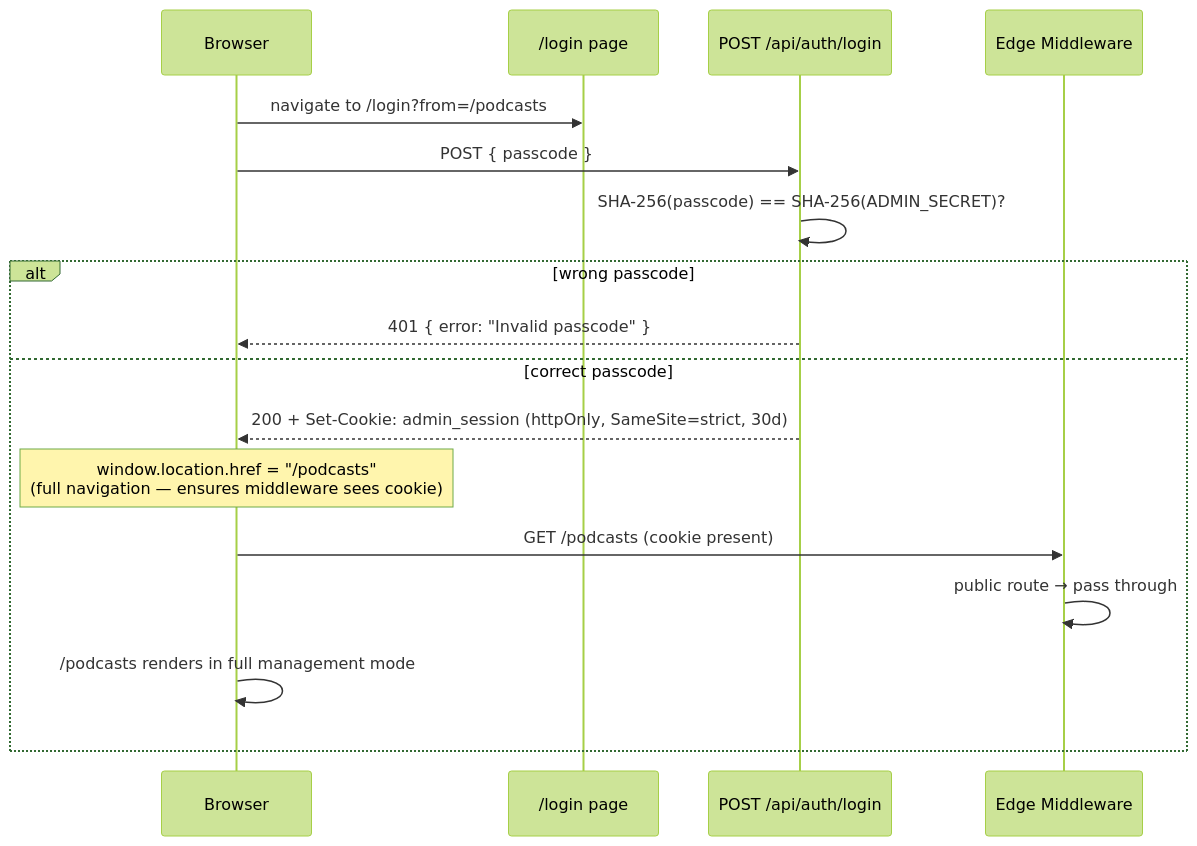
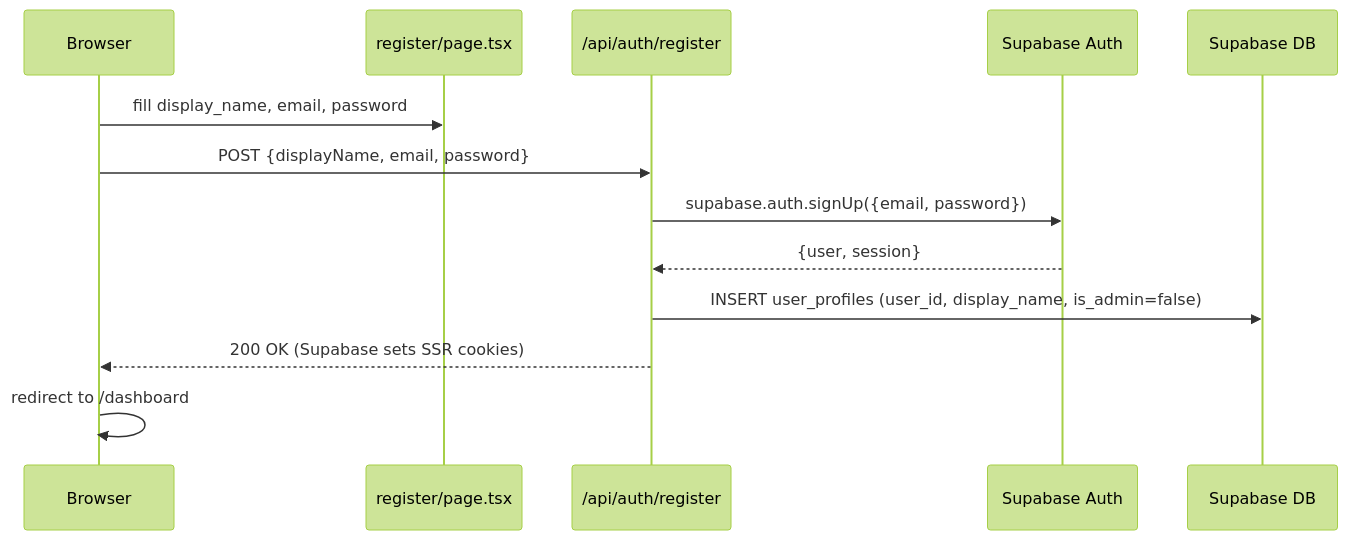
The fourth of 8 diagrams in docs/request-workflow.md (vtghub/PodcastsSummarizer), drawn with Mermaid (forest theme) before and after one commit. The commit also changed other lines of this file and 3 other files, not shown here.

First line of the commit message:
docs: update architecture and workflow diagrams post-PR #31-33

````diff
--- a/docs/request-workflow.md
+++ b/docs/request-workflow.md
@@ -104,21 +111,16 @@
 ```mermaid
 sequenceDiagram
     participant B as Browser
-    participant LP as /login page
-    participant LA as POST /api/auth/login
-    participant MW as Edge Middleware
+    participant PAGE as register/page.tsx
+    participant API as /api/auth/register
+    participant SB as Supabase Auth
+    participant DB as Supabase DB
 
-    B->>LP: navigate to /login?from=/podcasts
-    B->>LA: POST { passcode }
-    LA->>LA: SHA-256(passcode) == SHA-256(ADMIN_SECRET)?
-
-    alt wrong passcode
-        LA-->>B: 401 { error: "Invalid passcode" }
-    else correct passcode
-        LA-->>B: 200 + Set-Cookie: admin_session (httpOnly, SameSite=strict, 30d)
-        Note over B: window.location.href = "/podcasts"<br/>(full navigation — ensures middleware sees cookie)
-        B->>MW: GET /podcasts (cookie present)
-        MW->>MW: public route → pass through
-        B->>B: /podcasts renders in full management mode
-    end
+    B->>PAGE: fill display_name, email, password
+    B->>API: POST {displayName, email, password}
+    API->>SB: supabase.auth.signUp({email, password})
+    SB-->>API: {user, session}
+    API->>DB: INSERT user_profiles (user_id, display_name, is_admin=false)
+    API-->>B: 200 OK (Supabase sets SSR cookies)
+    B->>B: redirect to /dashboard
 ```
````
